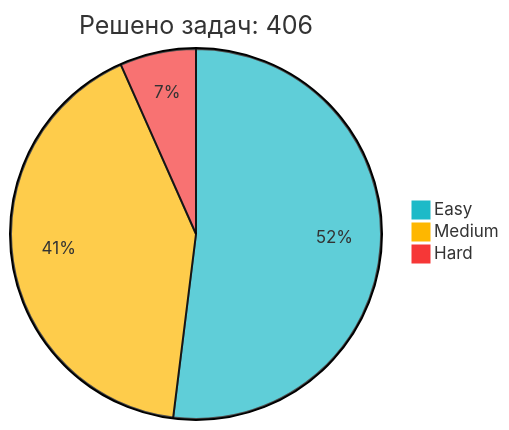
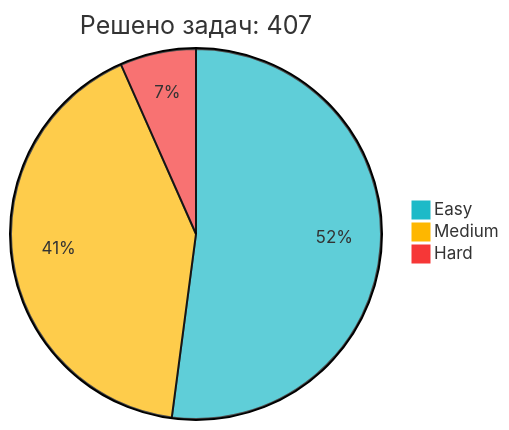
One commit to IliaKurdukov/IliaKurdukov changed the diagram in README.md. Above: the diagram before and after it, drawn with Mermaid. The commit also changed other lines of this file, not shown here.

Commit message:
📈 Обновление статистики LeetCode

````diff
--- a/README.md
+++ b/README.md
@@ -51,7 +51,7 @@
 ```mermaid
 %%{init: {'theme': 'base', 'themeVariables': { 'pie1': '#1CBAC8', 'pie2': '#FEB700', 'pie3': '#F63737' }, 'config': {'width': 300, 'height': 200}}}%%
-pie title Решено задач: 406
-   "Easy" : 211
+pie title Решено задач: 407
+   "Easy" : 212
    "Medium" : 168
    "Hard" : 27
 ```
````
